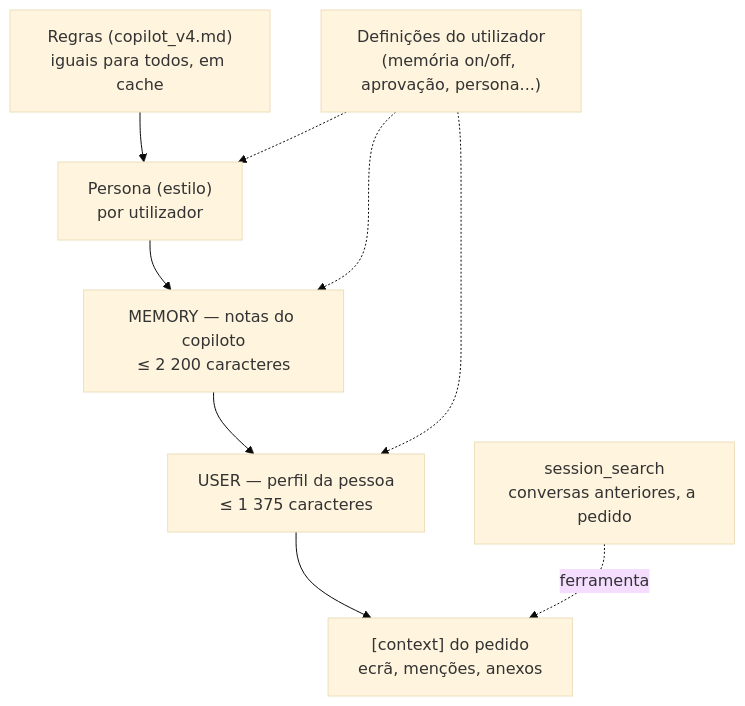
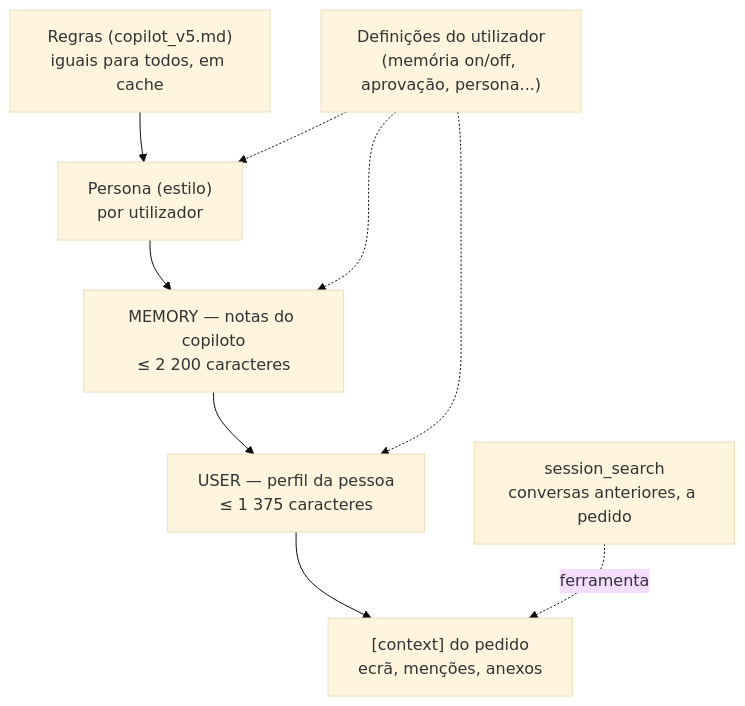
Before and after one commit to helderpgoncalves/novelo: the fifth of 5 diagrams in docs/engenharia/copiloto.md, drawn with Mermaid (base theme). The commit also changed other lines of this file and 62 other files, not shown here.

````diff
--- a/docs/engenharia/copiloto.md
+++ b/docs/engenharia/copiloto.md
@@ -274,14 +274,14 @@
 ```mermaid
 flowchart TB
-    R["Regras (copilot_v4.md)<br/>iguais para todos, em cache"]
+    R["Regras (copilot_v5.md)<br/>iguais para todos, em cache"]
     P["Persona (estilo)<br/>por utilizador"]
     M["MEMORY — notas do copiloto<br/>≤ 2 200 caracteres"]
     U["USER — perfil da pessoa<br/>≤ 1 375 caracteres"]
     S["session_search<br/>conversas anteriores, a pedido"]
     C["[context] do pedido<br/>ecrã, menções, anexos"]
     R --> P --> M --> U --> C
     S -.->|"ferramenta"| C
     D["Definições do utilizador<br/>(memória on/off, aprovação, persona...)"] -.-> P
     D -.-> M
     D -.-> U
 ```
````
